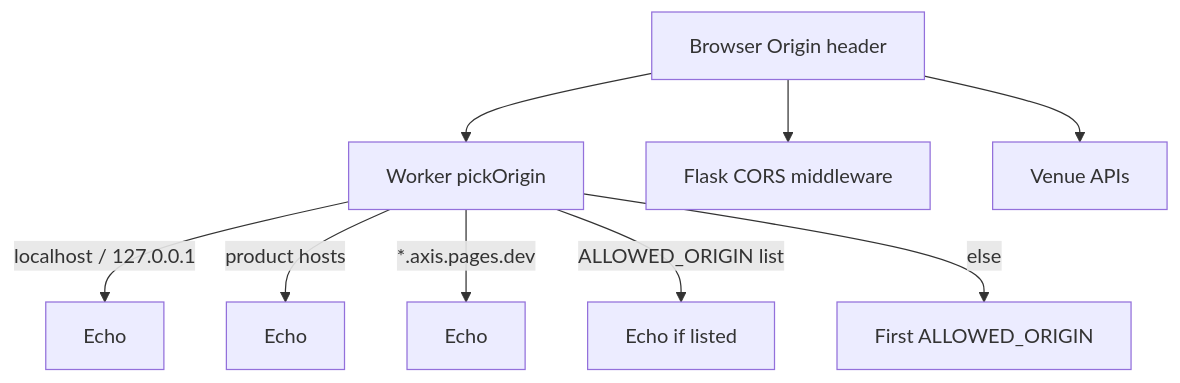
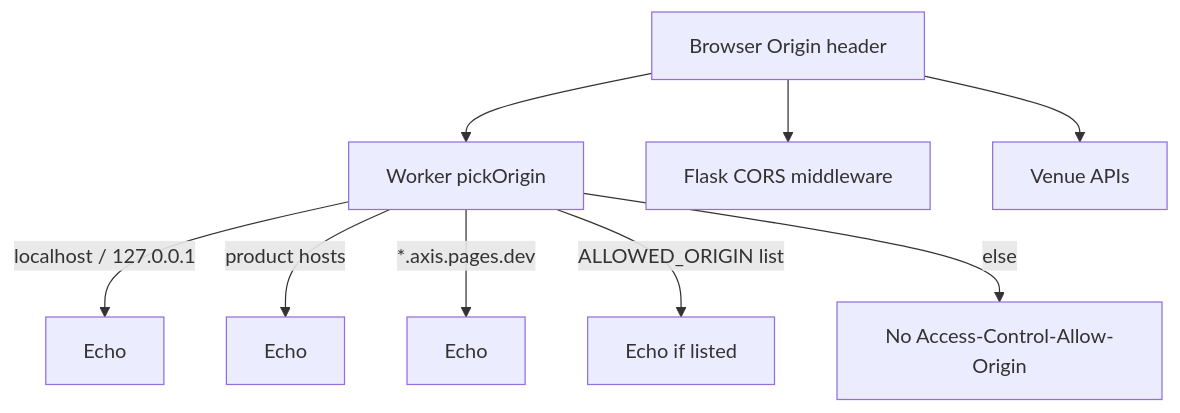
One commit to hoox-sh/axis changed the diagram in docs/devops/cors-and-origins.mdx. Above: the diagram before and after it, drawn with Mermaid. The commit also changed other lines of this file and 105 other files, not shown here.

````diff
--- a/docs/devops/cors-and-origins.mdx
+++ b/docs/devops/cors-and-origins.mdx
@@ -35,12 +54,12 @@
 ```mermaid
 flowchart TD
   ORIGIN[Browser Origin header]
   ORIGIN --> W[Worker pickOrigin]
   W -->|localhost / 127.0.0.1| ECHO1[Echo]
   W -->|product hosts| ECHO2[Echo]
   W -->|*.axis.pages.dev| ECHO3[Echo]
   W -->|ALLOWED_ORIGIN list| ECHO4[Echo if listed]
-  W -->|else| FALLBACK[First ALLOWED_ORIGIN]
+  W -->|else| FALLBACK[No Access-Control-Allow-Origin]
   ORIGIN --> F[Flask CORS middleware]
   ORIGIN --> V[Venue APIs]
 ```
````
